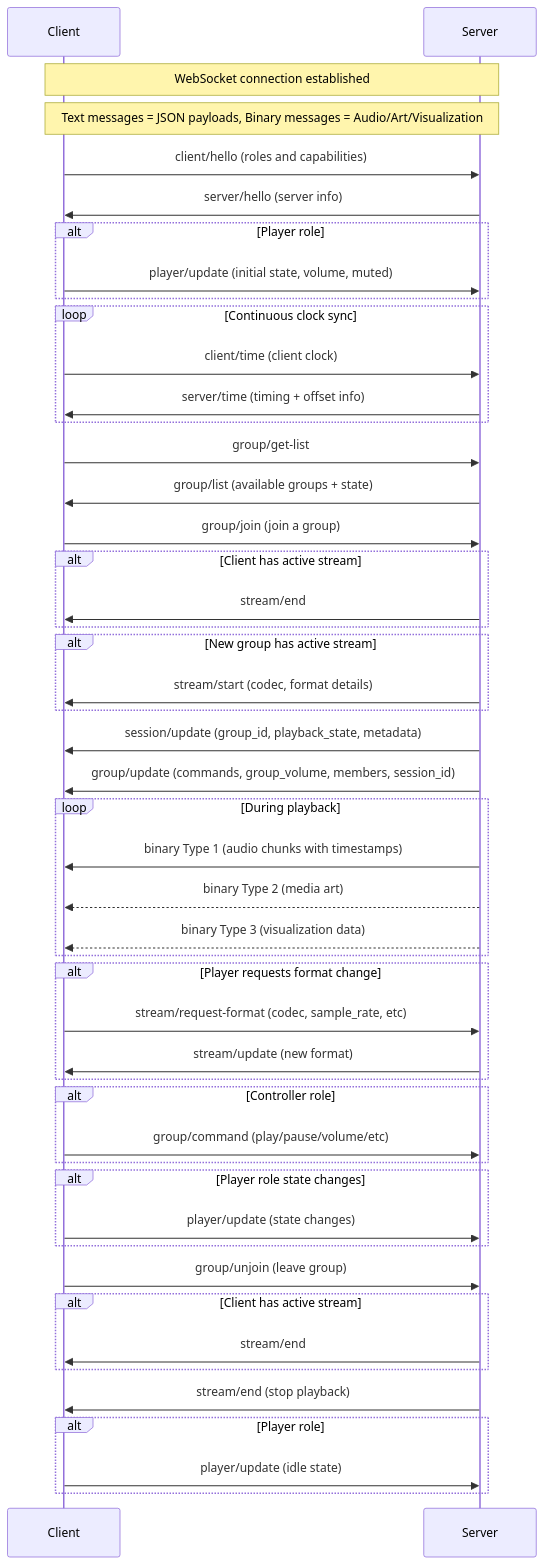
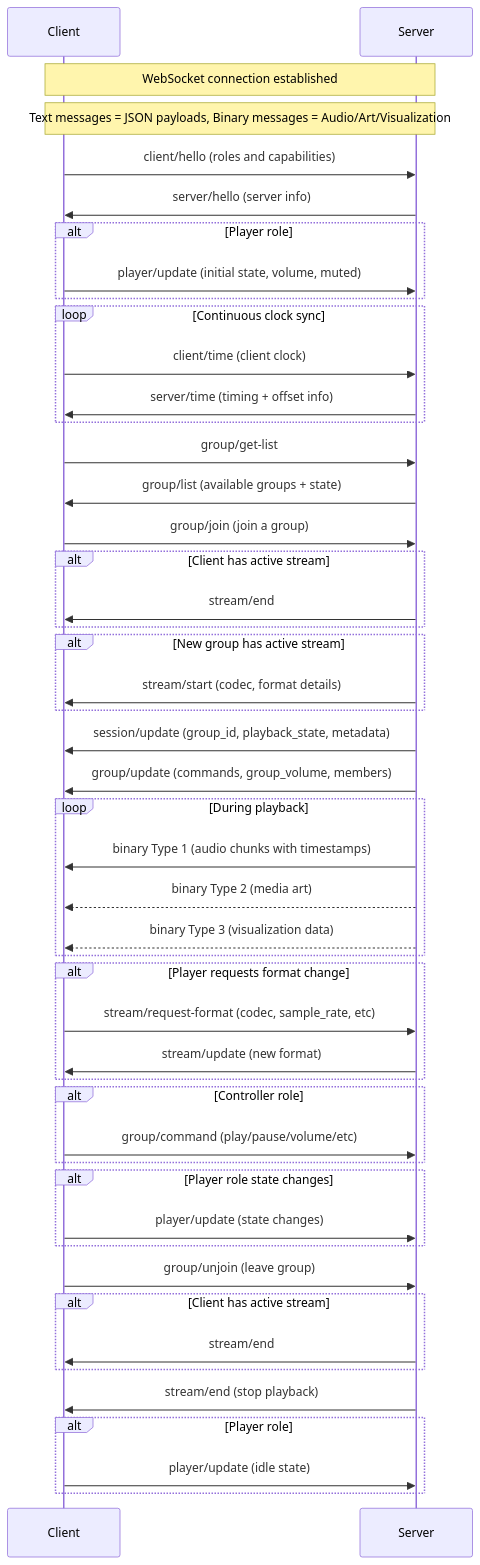
One commit to Resonate-Protocol/spec changed the diagram in README.md. Above: the diagram before and after it, drawn with Mermaid. The commit also changed other lines of this file, not shown here.

Commit message:
remove `session_id` (#16)
`session_id` only complicated the protocol without adding any functionality.
Even if we later have multiple sessions, this could also be done transparently by the server since we still only supported at most one active session at a time.

````diff
--- a/README.md
+++ b/README.md
@@ -87,64 +87,64 @@
 ```mermaid
 sequenceDiagram
     participant Client
     participant Server
 
     Note over Client,Server: WebSocket connection established
 
     Note over Client,Server: Text messages = JSON payloads, Binary messages = Audio/Art/Visualization
 
     Client->>Server: client/hello (roles and capabilities)
     Server->>Client: server/hello (server info)
 
     alt Player role
         Client->>Server: player/update (initial state, volume, muted)
     end
 
     loop Continuous clock sync
         Client->>Server: client/time (client clock)
         Server->>Client: server/time (timing + offset info)
     end
 
     Client->>Server: group/get-list
     Server->>Client: group/list (available groups + state)
 
     Client->>Server: group/join (join a group)
     alt Client has active stream
         Server->>Client: stream/end
     end
     alt New group has active stream
         Server->>Client: stream/start (codec, format details)
     end
 
     Server->>Client: session/update (group_id, playback_state, metadata)
-    Server->>Client: group/update (commands, group_volume, members, session_id)
+    Server->>Client: group/update (commands, group_volume, members)
 
     loop During playback
         Server->>Client: binary Type 1 (audio chunks with timestamps)
         Server-->>Client: binary Type 2 (media art)
         Server-->>Client: binary Type 3 (visualization data)
     end
 
     alt Player requests format change
         Client->>Server: stream/request-format (codec, sample_rate, etc)
         Server->>Client: stream/update (new format)
     end
 
     alt Controller role
         Client->>Server: group/command (play/pause/volume/etc)
     end
 
     alt Player role state changes
         Client->>Server: player/update (state changes)
     end
 
     Client->>Server: group/unjoin (leave group)
     alt Client has active stream
         Server->>Client: stream/end
     end
 
     Server->>Client: stream/end (stop playback)
     alt Player role
         Client->>Server: player/update (idle state)
     end
 ```
````
